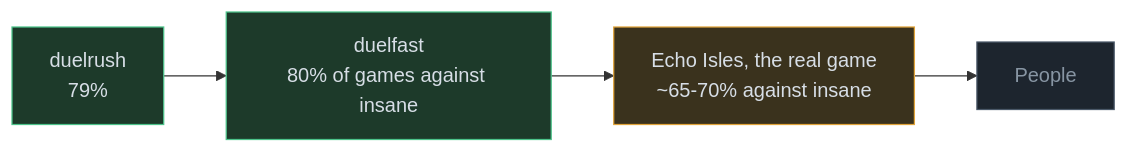
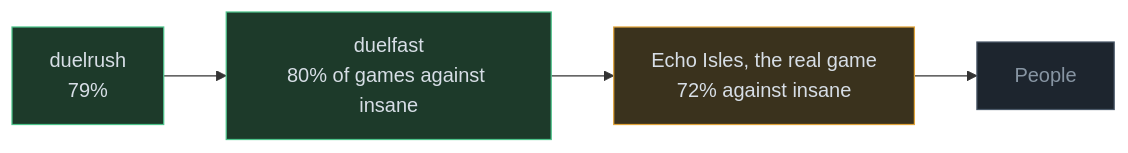
The diagram in docs/road-to-the-real-game.md (RobinKa/warcraftsim), drawn with Mermaid before and after one commit. The commit also changed other lines of this file and 14 other files, not shown here.

````diff
--- a/docs/road-to-the-real-game.md
+++ b/docs/road-to-the-real-game.md
@@ -5,9 +5,9 @@
 ```mermaid
 flowchart LR
   A["duelrush<br/>79%"]:::done --> B["duelfast<br/>80% of games against insane"]:::done
-  B --> D["Echo Isles, the real game<br/>~65-70% against insane"]:::now
+  B --> D["Echo Isles, the real game<br/>72% against insane"]:::now
   D --> P["People"]:::todo
   classDef done fill:#1d3a2a,stroke:#4cc38a,color:#d7dee6
   classDef now fill:#3a321d,stroke:#e0a33a,color:#d7dee6
   classDef todo fill:#1d252e,stroke:#4a5868,color:#8795a3
 ```
````
